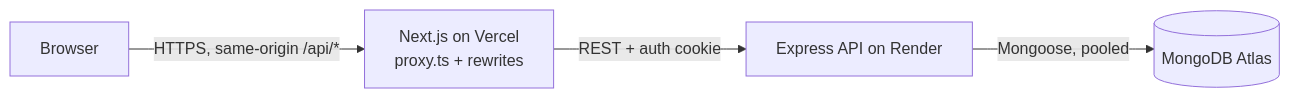
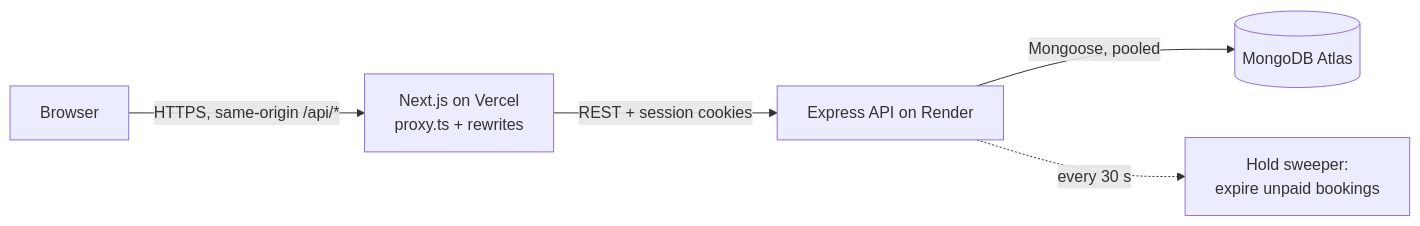
The diagram in README.md (sadatnuman/doctor-tracker-backend), drawn with Mermaid before and after one commit. The commit also changed other lines of this file and 1 other file, not shown here.

````diff
--- a/README.md
+++ b/README.md
@@ -99,6 +108,7 @@
 ```mermaid
 flowchart LR
     B[Browser] -->|HTTPS, same-origin /api/*| N[Next.js on Vercel<br/>proxy.ts + rewrites]
-    N -->|REST + auth cookie| A[Express API on Render]
+    N -->|REST + session cookies| A[Express API on Render]
     A -->|Mongoose, pooled| M[(MongoDB Atlas)]
+    A -. every 30 s .-> S[Hold sweeper:<br/>expire unpaid bookings]
 ```
````
